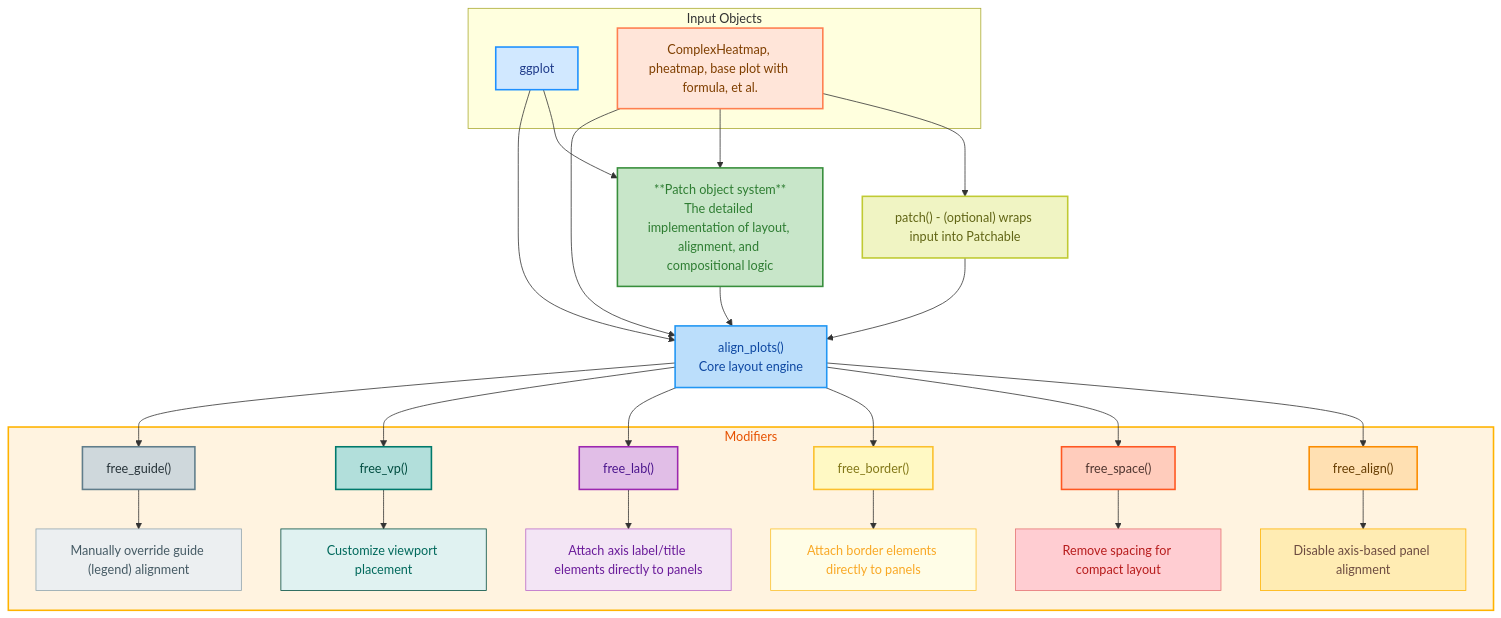
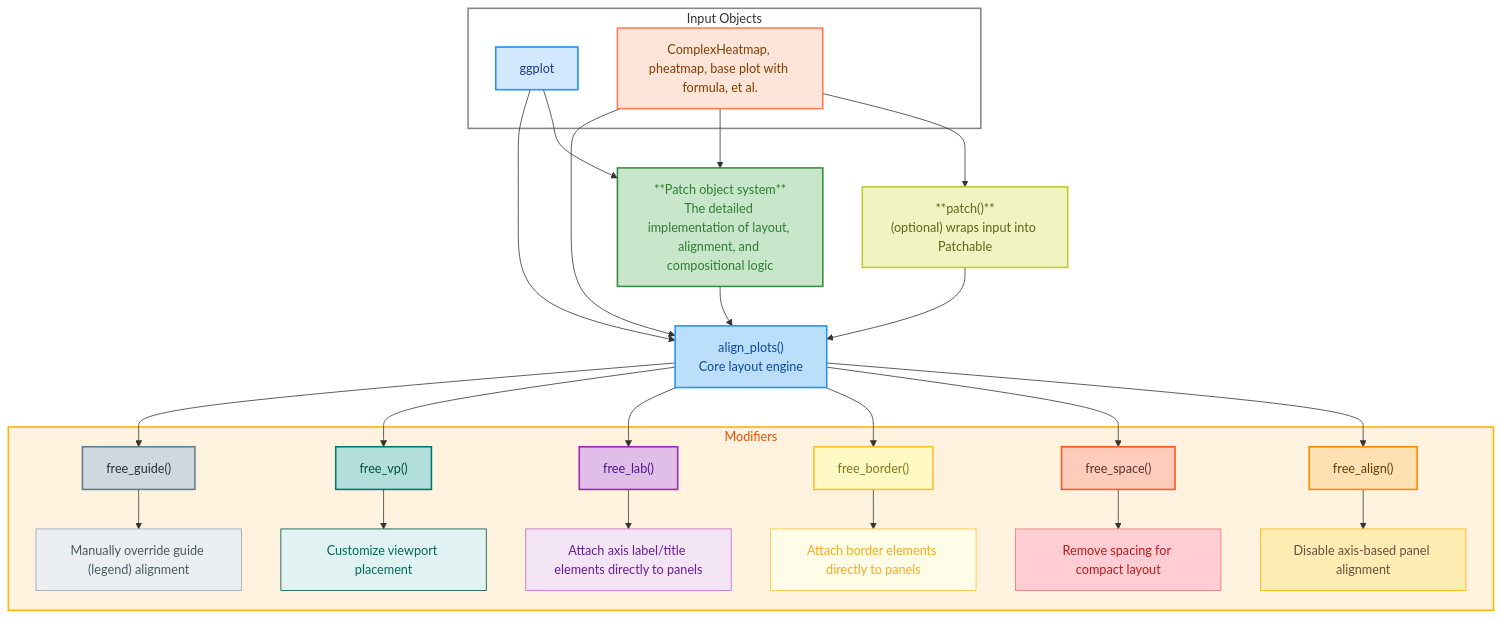
Before and after one commit to Yunuuuu/ggalign-book: the first of 2 diagrams in introduction.qmd, drawn with Mermaid.

Commit message:
better style

````diff
--- a/introduction.qmd
+++ b/introduction.qmd
@@ -81,13 +81,13 @@
 ```{mermaid}
 graph TD
     %% Input objects
-    subgraph "Input Objects"
+    subgraph InputObjects["Input Objects"]
         G["ggplot"]
         H["ComplexHeatmap, pheatmap, base plot with formula, et al."]
     end
 
     %% patch() as optional wrapper
-    PatchFn["patch() - (optional) wraps input into Patchable"]
+    PatchFn["**patch()**<br/>(optional) wraps input into Patchable"]
 
     Patch["**Patch object system**<br/>The detailed implementation of layout, alignment, and compositional logic"]
 
@@ -134,6 +134,8 @@
     F6 --> F6Desc
 
     %% Colors and styling
+    style InputObjects fill:none,stroke:#888888,stroke-width:2px
+
     style G fill:#D1E8FF,stroke:#1E90FF,stroke-width:2px,color:#1E3A8A
     style H fill:#FFE5D9,stroke:#FF7F50,stroke-width:2px,color:#7F3F00
     style PatchFn fill:#F0F4C3,stroke:#C0CA33,stroke-width:2px,color:#616515
@@ -159,4 +161,5 @@
 
     style F6 fill:#CFD8DC,stroke:#607D8B,stroke-width:2px,color:#263238
     style F6Desc fill:#ECEFF1,stroke:#90A4AE,stroke-width:1px,color:#455A64
+
 ```
````
